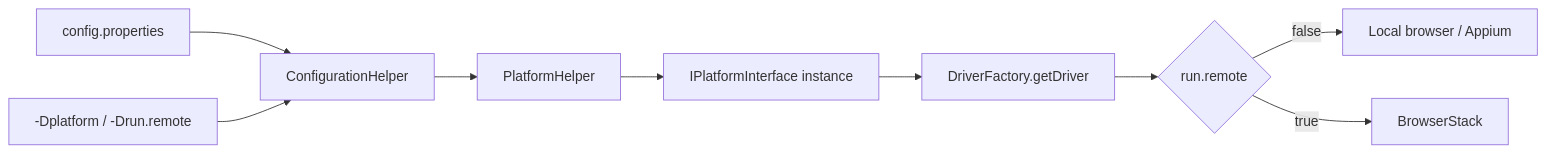
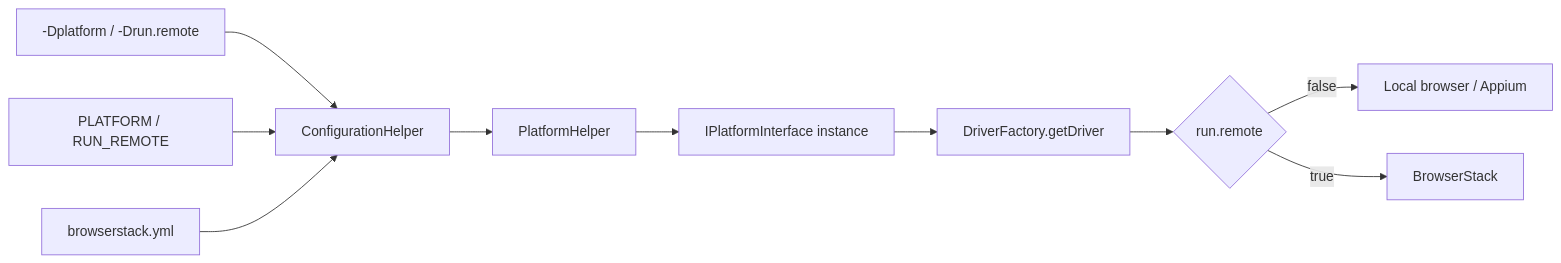
One commit to Vijay-Durairaj/SeleniumFramework changed the fourth of 4 diagrams in README.md. Above: the diagram before and after it, drawn with Mermaid. The commit also changed other lines of this file and 1 other file, not shown here.

````diff
--- a/README.md
+++ b/README.md
@@ -231,11 +230,12 @@
 ```mermaid
 flowchart LR
-    Cfg["config.properties"] --> Ch["ConfigurationHelper"]
-    Jvm["-Dplatform / -Drun.remote"] --> Ch
+    Jvm["-Dplatform / -Drun.remote"] --> Ch["ConfigurationHelper"]
+    Env["PLATFORM / RUN_REMOTE"] --> Ch
+    Yaml["browserstack.yml"] --> Ch
     Ch --> Ph["PlatformHelper"]
     Ph --> Pi["IPlatformInterface instance"]
     Pi --> Df["DriverFactory.getDriver"]
     Df --> Rt{"run.remote"}
     Rt -->|false| Loc["Local browser / Appium"]
     Rt -->|true| Bs["BrowserStack"]
 ```
````
